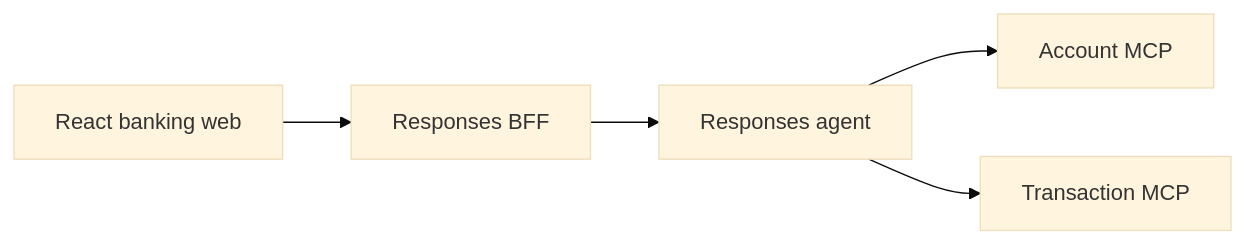
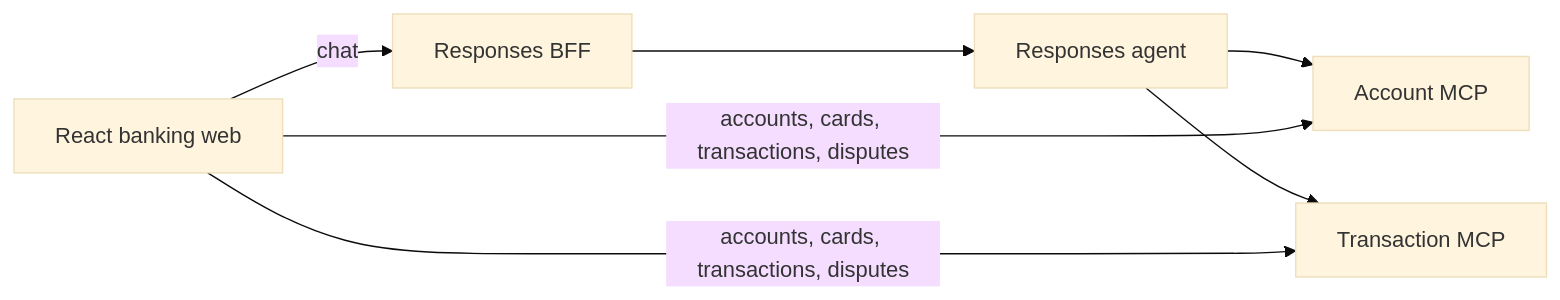
One commit to cristofima/factored-hackathon-2026-cristopher-coronado changed the diagram in AGENTS.md. Above: the diagram before and after it, drawn with Mermaid (base theme). The commit also changed other lines of this file and 2 other files, not shown here.

````diff
--- a/AGENTS.md
+++ b/AGENTS.md
@@ -7,7 +7,9 @@
 ```mermaid
 flowchart LR
-    Browser[React banking web] --> BFF[Responses BFF]
+    Browser[React banking web] -->|chat| BFF[Responses BFF]
     BFF --> Agent[Responses agent]
     Agent --> Account[Account MCP]
     Agent --> Transaction[Transaction MCP]
+    Browser -->|accounts, cards, transactions, disputes| Account
+    Browser -->|accounts, cards, transactions, disputes| Transaction
 ```
````
